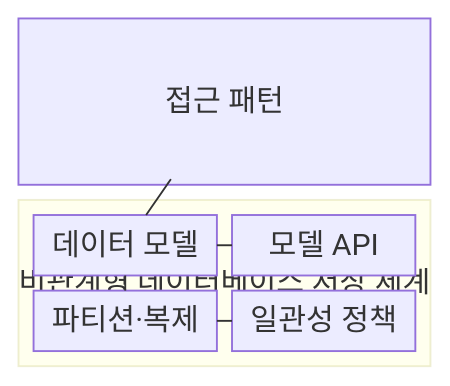
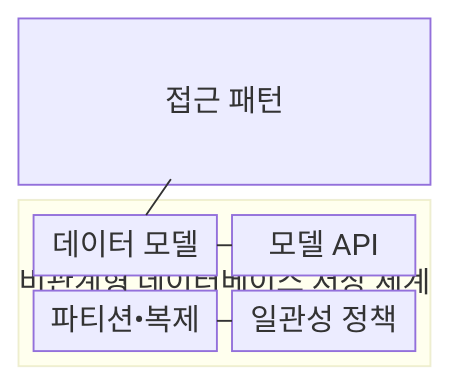
Before and after one commit to agnusdei1207/knowledge-base: the first of 2 diagrams in src/content/docs/notes/03-software/102_nosql_types.md, drawn with Mermaid. The commit also changed other lines of this file and 953 other files, not shown here.

````diff
--- a/src/content/docs/notes/03-software/102_nosql_types.md
+++ b/src/content/docs/notes/03-software/102_nosql_types.md
@@ -68,16 +68,16 @@
 ```mermaid
 block
   columns 1
   A["접근 패턴"]
   block:N["비관계형 데이터베이스 저장 체계"]
     columns 2
     M["데이터 모델"]
     I["모델 API"]
-    P["파티션·복제"]
+    P["파티션•복제"]
     C["일관성 정책"]
   end
   A --- M
   M --- I
   M --- P
   P --- C
 ```
````
